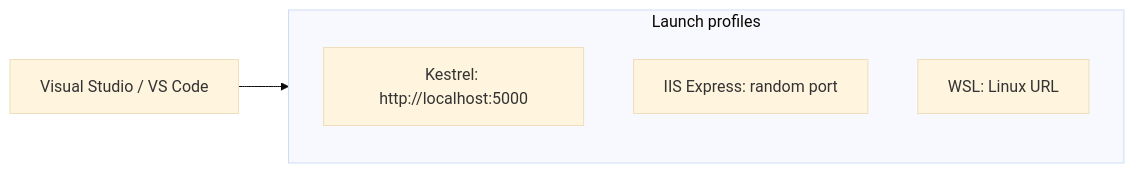
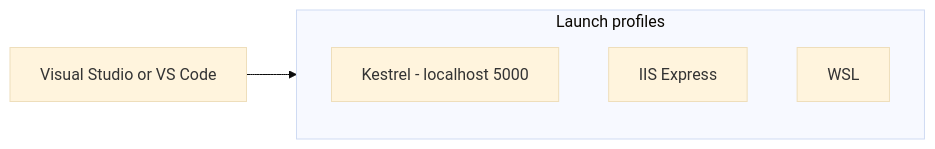
One commit to sridharpolepalli/dotnet-learn changed diagram 12 of 19 in ASP.NET-Core-Network-HTTP-Guide.md. Above: the diagram before and after it, drawn with Mermaid (base theme). The commit also changed other lines of this file and 1 other file, not shown here.

Commit message:
fixing the mermaid issues

````diff
--- a/ASP.NET-Core-Network-HTTP-Guide.md
+++ b/ASP.NET-Core-Network-HTTP-Guide.md
@@ -641,9 +641,9 @@
 ```mermaid
 flowchart LR
     subgraph Profiles["Launch profiles"]
-        Kestrel[Kestrel: http://localhost:5000]
-        IIS[IIS Express: random port]
-        WSL[WSL: Linux URL]
+        Kestrel["Kestrel - localhost 5000"]
+        IIS["IIS Express"]
+        WSL["WSL"]
     end
-    IDE[Visual Studio / VS Code] --> Profiles
+    IDE["Visual Studio or VS Code"] --> Profiles
 ```
````
